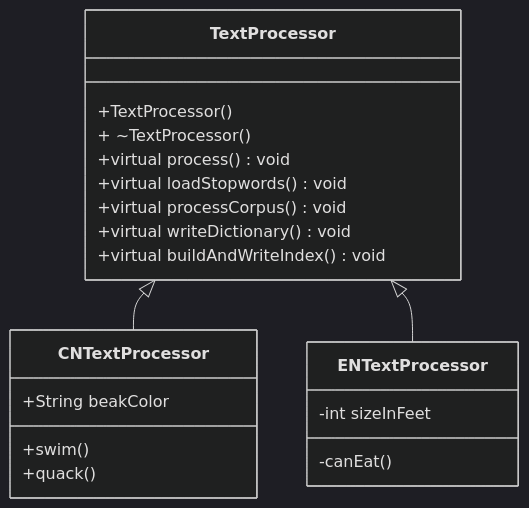
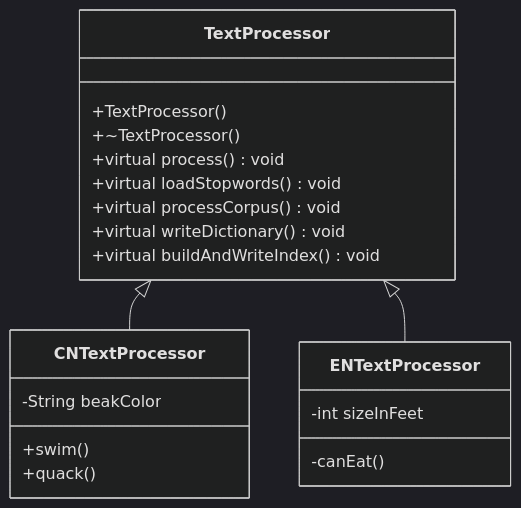
One commit to Jason-DancingBoy/iodraw-files changed the diagram in all/未命名-1.md. Above: the diagram before and after it, drawn with Mermaid (dark theme).

Commit message:
2026-01-02 20:53:56 update

````diff
--- a/all/未命名-1.md
+++ b/all/未命名-1.md
@@ -1,22 +1,23 @@
 ```mermaid
 classDiagram
     TextProcessor <|-- CNTextProcessor
     TextProcessor <|-- ENTextProcessor
     TextProcessor: +TextProcessor()
-    TextProcessor: + ~TextProcessor()
+    TextProcessor: +~TextProcessor()
     TextProcessor: +virtual process() void
     TextProcessor: +virtual loadStopwords() void 
     TextProcessor: +virtual processCorpus() void
     TextProcessor: +virtual writeDictionary() void
     TextProcessor: +virtual buildAndWriteIndex() void
     class CNTextProcessor{
-      +String beakColor
+      -String beakColor
+
       +swim()
       +quack()
     }
     class ENTextProcessor{
       -int sizeInFeet
       -canEat()
     }
             
 ```
````
